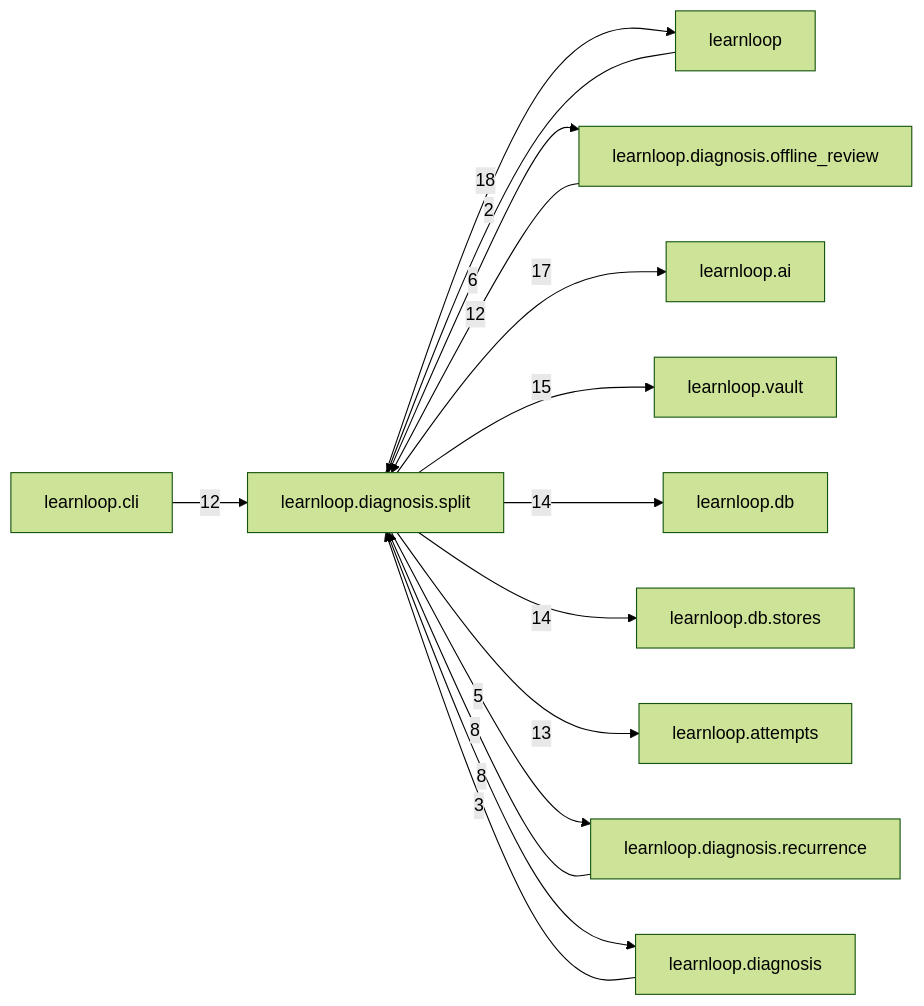
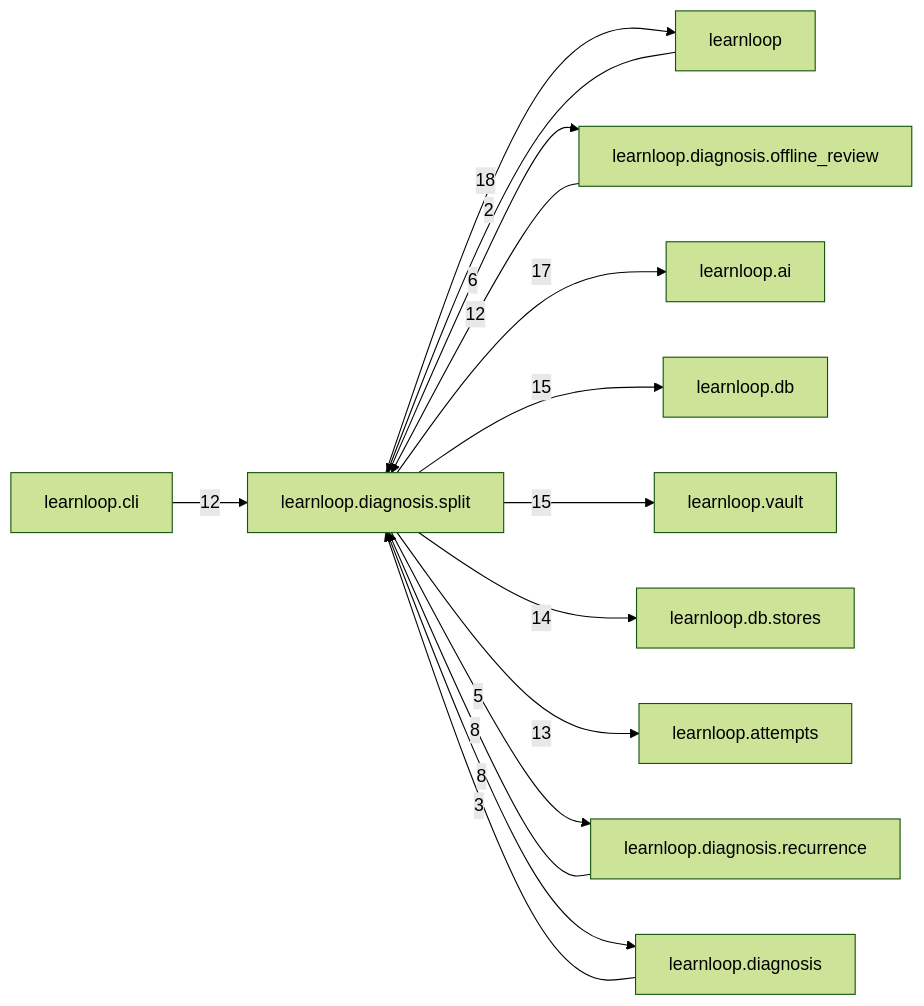
The diagram in docs/learnloop-architecture-vault/Reference/Modules/learnloop/diagnosis/split/_package.md (6up-b/learnanything), drawn with Mermaid (forest theme) before and after one commit. The commit also changed other lines of this file and 69 other files, not shown here.

````diff
--- a/docs/learnloop-architecture-vault/Reference/Modules/learnloop/diagnosis/split/_package.md
+++ b/docs/learnloop-architecture-vault/Reference/Modules/learnloop/diagnosis/split/_package.md
@@ -121,28 +121,28 @@
 ```mermaid
 flowchart LR
     center["learnloop.diagnosis.split"]
     n_learnloop["learnloop"]
     n_learnloop_diagnosis_offline_review["learnloop.diagnosis.offline_review"]
     n_learnloop_ai["learnloop.ai"]
+    n_learnloop_db["learnloop.db"]
     n_learnloop_vault["learnloop.vault"]
-    n_learnloop_db["learnloop.db"]
     n_learnloop_db_stores["learnloop.db.stores"]
     n_learnloop_attempts["learnloop.attempts"]
     n_learnloop_diagnosis_recurrence["learnloop.diagnosis.recurrence"]
     n_learnloop_cli["learnloop.cli"]
     n_learnloop_diagnosis["learnloop.diagnosis"]
     n_learnloop -->|2| center
     center -->|18| n_learnloop
     n_learnloop_diagnosis_offline_review -->|12| center
     center -->|6| n_learnloop_diagnosis_offline_review
     center -->|17| n_learnloop_ai
+    center -->|15| n_learnloop_db
     center -->|15| n_learnloop_vault
-    center -->|14| n_learnloop_db
     center -->|14| n_learnloop_db_stores
     center -->|13| n_learnloop_attempts
     n_learnloop_diagnosis_recurrence -->|8| center
     center -->|5| n_learnloop_diagnosis_recurrence
     n_learnloop_cli -->|12| center
     n_learnloop_diagnosis -->|3| center
     center -->|8| n_learnloop_diagnosis
 ```
````
